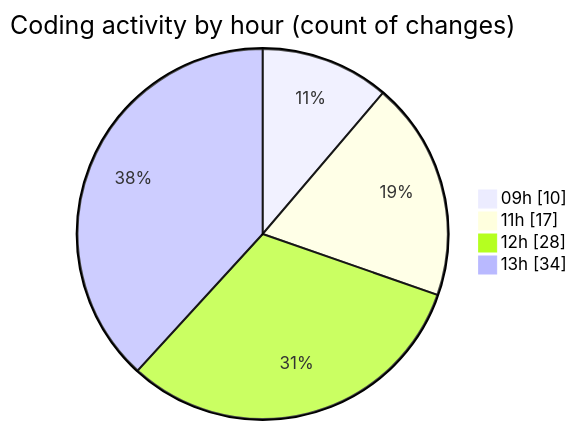
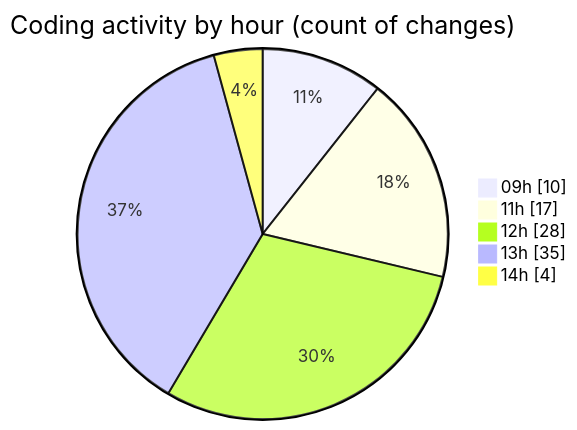
Before and after one commit to momahboobian/code-tracking: the second of 2 diagrams in 2026-05-07/cda/README.md, drawn with Mermaid. The commit also changed other lines of this file and 1 other file, not shown here.

````diff
--- a/2026-05-07/cda/README.md
+++ b/2026-05-07/cda/README.md
@@ -43,8 +43,9 @@
 ```mermaid
 pie showData
 title Coding activity by hour (count of changes)
 "09h" : 10
 "11h" : 17
 "12h" : 28
-"13h" : 34
+"13h" : 35
+"14h" : 4
 ```
````
